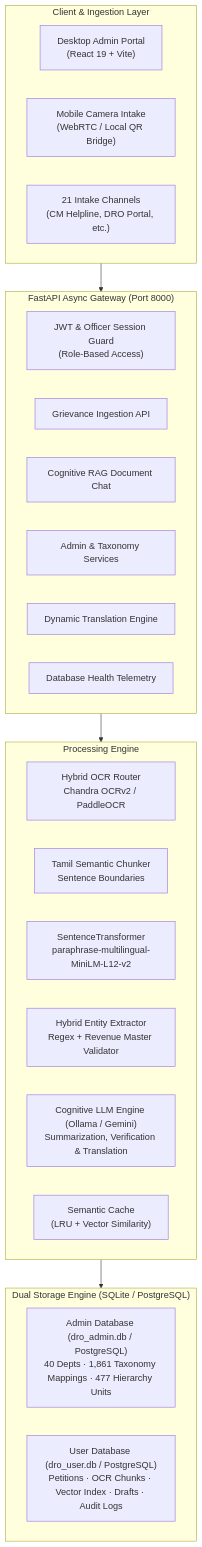
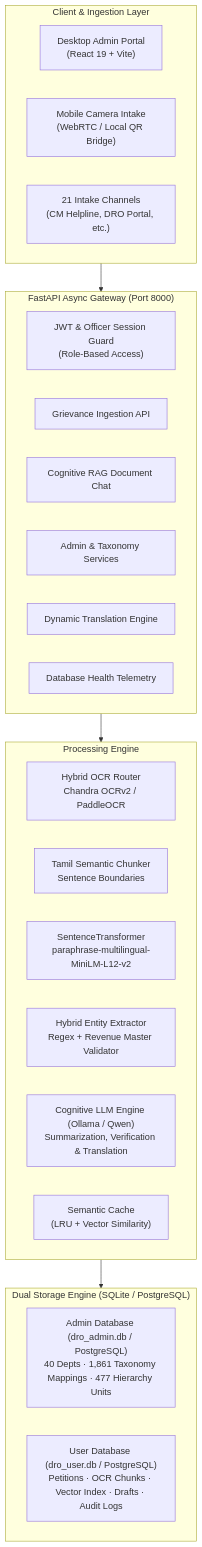
The diagram in README.md (MUKESH-WORK/smart-petition-ocr), drawn with Mermaid before and after one commit. The commit also changed other lines of this file and 28 other files, not shown here.

````diff
--- a/README.md
+++ b/README.md
@@ -103,35 +132,35 @@
 ```mermaid
 flowchart TB
     subgraph ClientLayer ["Client & Ingestion Layer"]
         Desktop["Desktop Admin Portal\n(React 19 + Vite)"]
         Mobile["Mobile Camera Intake\n(WebRTC / Local QR Bridge)"]
         Channels["21 Intake Channels\n(CM Helpline, DRO Portal, etc.)"]
     end
 
     subgraph APILayer ["FastAPI Async Gateway (Port 8000)"]
         Auth["JWT & Officer Session Guard\n(Role-Based Access)"]
         Upload["Grievance Ingestion API"]
         RAGChat["Cognitive RAG Document Chat"]
         AdminAPI["Admin & Taxonomy Services"]
         TranslateAPI["Dynamic Translation Engine"]
         Telemetry["Database Health Telemetry"]
     end
 
     subgraph ProcessingPipeline ["Processing Engine"]
         OCR["Hybrid OCR Router\nChandra OCRv2 / PaddleOCR"]
         Chunker["Tamil Semantic Chunker\nSentence Boundaries"]
         Embedder["SentenceTransformer\nparaphrase-multilingual-MiniLM-L12-v2"]
         NER["Hybrid Entity Extractor\nRegex + Revenue Master Validator"]
-        LLM["Cognitive LLM Engine (Ollama / Gemini)\nSummarization, Verification & Translation"]
+        LLM["Cognitive LLM Engine (Ollama / Qwen)\nSummarization, Verification & Translation"]
         Cache["Semantic Cache\n(LRU + Vector Similarity)"]
     end
 
     subgraph StorageLayer ["Dual Storage Engine (SQLite / PostgreSQL)"]
         AdminDB["Admin Database (dro_admin.db / PostgreSQL)\n40 Depts · 1,861 Taxonomy Mappings · 477 Hierarchy Units"]
         UserDB["User Database (dro_user.db / PostgreSQL)\nPetitions · OCR Chunks · Vector Index · Drafts · Audit Logs"]
     end
 
     ClientLayer --> APILayer
     APILayer --> ProcessingPipeline
     ProcessingPipeline --> StorageLayer
 ```
````
